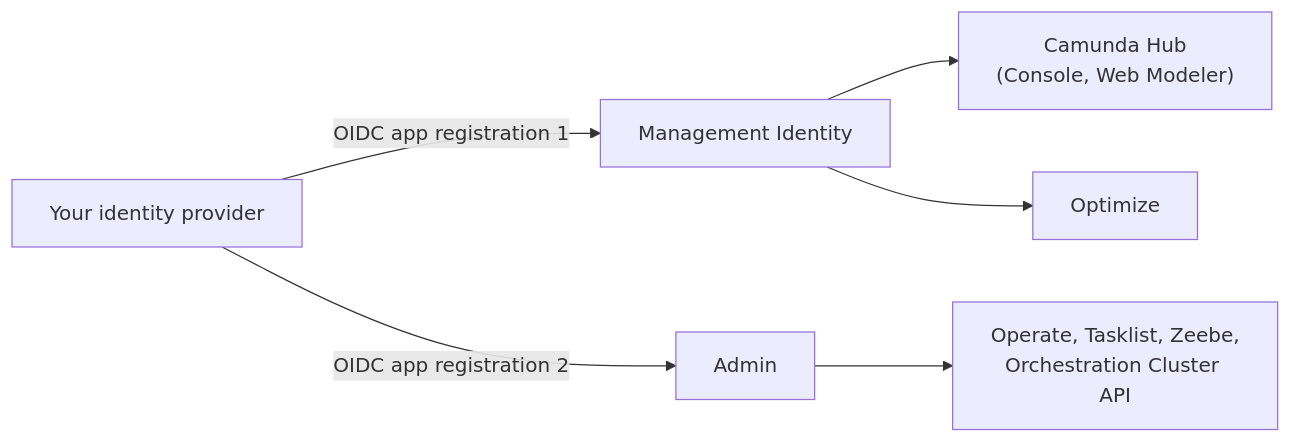
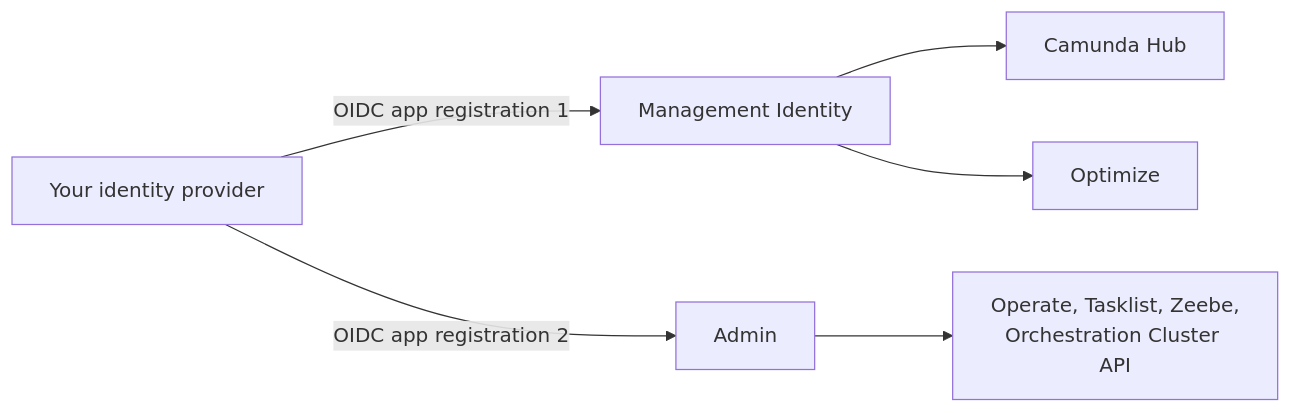
Before and after one commit to camunda/camunda-docs: the first of 2 diagrams in docs/self-managed/components/identity/how-identity-works.md, drawn with Mermaid. The commit also changed other lines of this file and 19 other files, not shown here.

Commit message:
docs(hub): Web Modeler trivial reference updates

````diff
--- a/docs/self-managed/components/identity/how-identity-works.md
+++ b/docs/self-managed/components/identity/how-identity-works.md
@@ -16,15 +16,15 @@
 ```mermaid
 graph LR
     IdP["Your identity provider"]
     MI["Management Identity"]
     Admin["Admin"]
-    Hub["Camunda Hub<br/>(Console, Web Modeler)"]
+    Hub["Camunda Hub"]
     Opt["Optimize"]
     OC["Operate, Tasklist, Zeebe,<br/>Orchestration Cluster API"]
 
     IdP -->|"OIDC app registration 1"| MI
     IdP -->|"OIDC app registration 2"| Admin
     MI --> Hub
     MI --> Opt
     Admin --> OC
 ```
````
